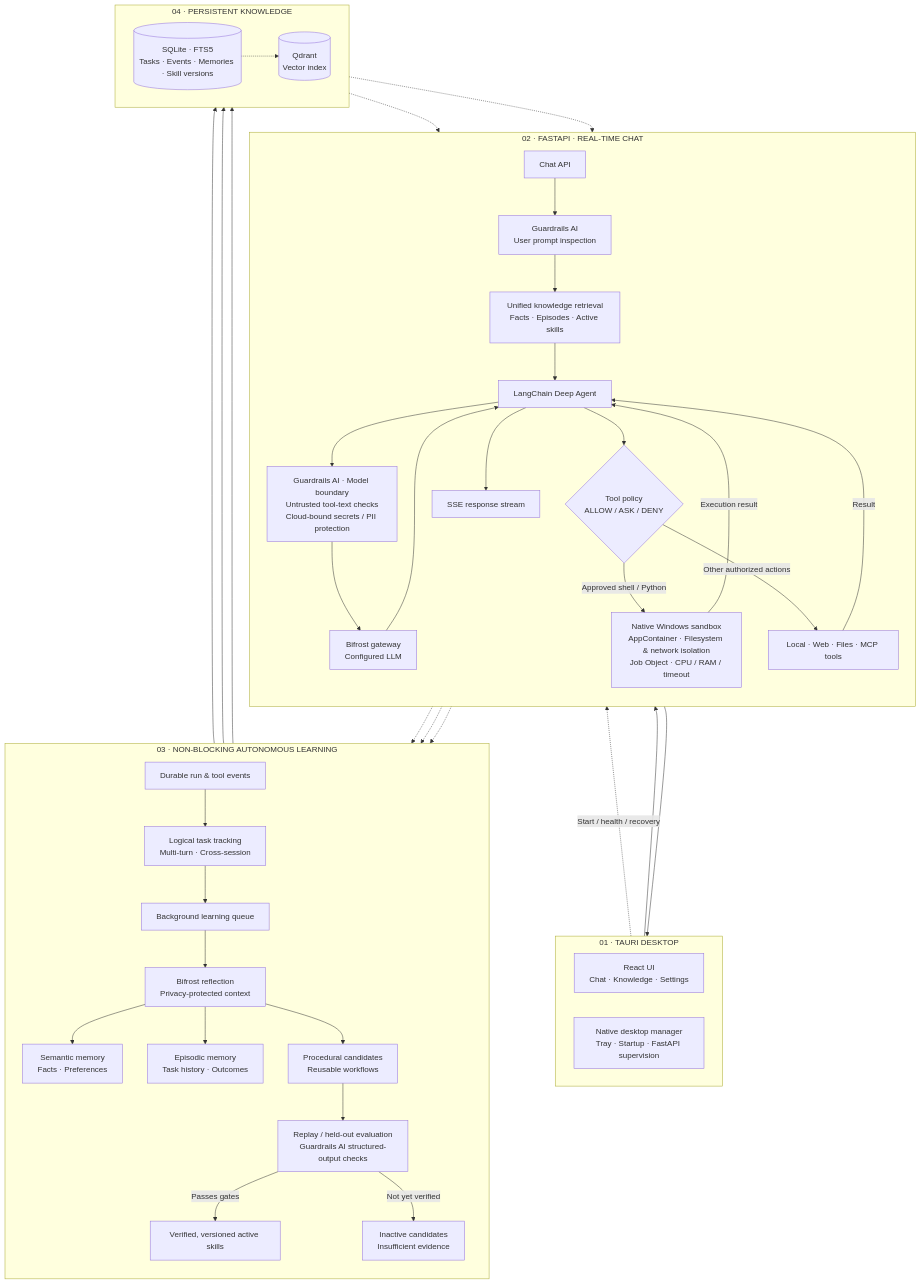
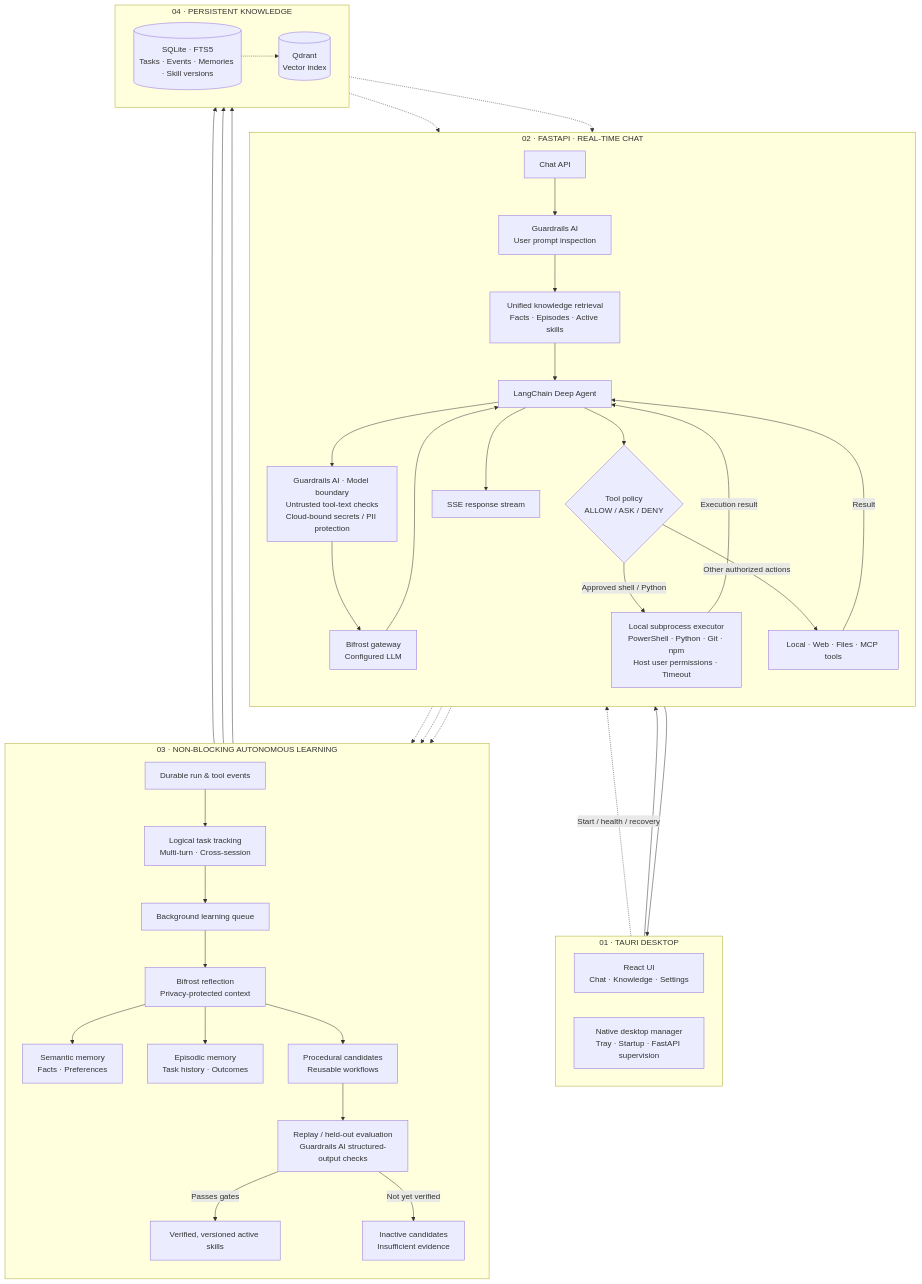
One commit to cRED-f/Trajecta changed the diagram in README.md. Above: the diagram before and after it, drawn with Mermaid. The commit also changed other lines of this file and 35 other files, not shown here.

````diff
--- a/README.md
+++ b/README.md
@@ -39,73 +40,73 @@
 ```mermaid
 flowchart TB
     subgraph DESKTOP["01 · TAURI DESKTOP"]
         direction LR
         UI["React UI<br/>Chat · Knowledge · Settings"]
         HOST["Native desktop manager<br/>Tray · Startup · FastAPI supervision"]
     end
 
     subgraph CHAT["02 · FASTAPI · REAL-TIME CHAT"]
         direction TB
         API["Chat API"]
         INPUT["Guardrails AI<br/>User prompt inspection"]
         RET["Unified knowledge retrieval<br/>Facts · Episodes · Active skills"]
         AGENT["LangChain Deep Agent"]
         CONTEXT["Guardrails AI · Model boundary<br/>Untrusted tool-text checks<br/>Cloud-bound secrets / PII protection"]
         MODEL["Bifrost gateway<br/>Configured LLM"]
         POLICY{"Tool policy<br/>ALLOW / ASK / DENY"}
         TOOLS["Local · Web · Files · MCP tools"]
-        SANDBOX["Native Windows sandbox<br/>AppContainer · Filesystem & network isolation<br/>Job Object · CPU / RAM / timeout"]
+        EXEC["Local subprocess executor<br/>PowerShell · Python · Git · npm<br/>Host user permissions · Timeout"]
         STREAM["SSE response stream"]
 
         API --> INPUT --> RET --> AGENT
         AGENT --> CONTEXT --> MODEL --> AGENT
         AGENT --> POLICY
-        POLICY -->|Approved shell / Python| SANDBOX
+        POLICY -->|Approved shell / Python| EXEC
         POLICY -->|Other authorized actions| TOOLS
-        SANDBOX -->|Execution result| AGENT
+        EXEC -->|Execution result| AGENT
         TOOLS -->|Result| AGENT
         AGENT --> STREAM
     end
 
     UI --> API
     HOST -.->|Start / health / recovery| API
     STREAM --> UI
 
     subgraph LEARNING["03 · NON-BLOCKING AUTONOMOUS LEARNING"]
         direction TB
         EVENTS["Durable run & tool events"]
         TASK["Logical task tracking<br/>Multi-turn · Cross-session"]
         JOBS["Background learning queue"]
         REFLECT["Bifrost reflection<br/>Privacy-protected context"]
         SEM["Semantic memory<br/>Facts · Preferences"]
         EP["Episodic memory<br/>Task history · Outcomes"]
         CAND["Procedural candidates<br/>Reusable workflows"]
         EVAL["Replay / held-out evaluation<br/>Guardrails AI structured-output checks"]
         ACTIVE["Verified, versioned active skills"]
         PENDING["Inactive candidates<br/>Insufficient evidence"]
 
         EVENTS --> TASK --> JOBS --> REFLECT
         REFLECT --> SEM
         REFLECT --> EP
         REFLECT --> CAND --> EVAL
         EVAL -->|Passes gates| ACTIVE
         EVAL -->|Not yet verified| PENDING
     end
 
     API -.-> EVENTS
     TOOLS -.-> EVENTS
-    SANDBOX -.-> EVENTS
+    EXEC -.-> EVENTS
 
     subgraph STORAGE["04 · PERSISTENT KNOWLEDGE"]
         direction LR
         SQL[("SQLite · FTS5<br/>Tasks · Events · Memories · Skill versions")]
         VECTOR[("Qdrant<br/>Vector index")]
     end
 
     SEM --> SQL
     EP --> SQL
     ACTIVE --> SQL
     SQL -.-> RET
     SQL -.-> VECTOR
     VECTOR -.-> RET
 ```
````
